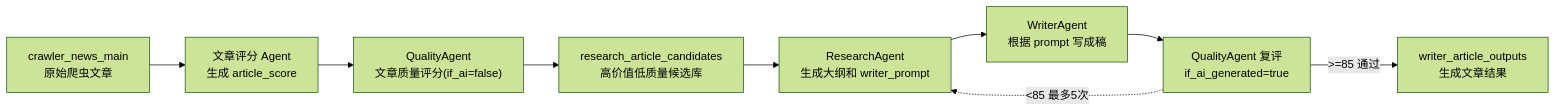
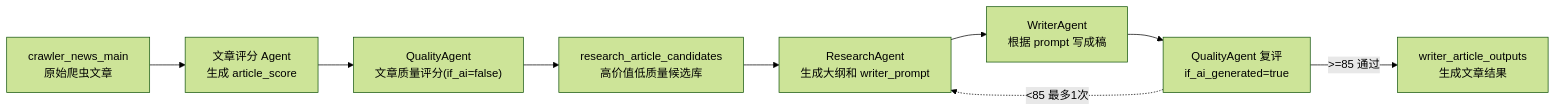
The diagram in 08-ResearchAgent说明.md (flyingsnowzz/Multi-Agent-Automatic-Operation-Website), drawn with Mermaid (forest theme) before and after one commit. The commit also changed 14 other files, not shown here.

````diff
--- a/08-ResearchAgent说明.md
+++ b/08-ResearchAgent说明.md
@@ -13,11 +13,11 @@
 ```mermaid
 flowchart LR
     CRAWLER["crawler_news_main<br/>原始爬虫文章"] --> SCORE["文章评分 Agent<br/>生成 article_score"]
     SCORE --> QUALITY["QualityAgent<br/>文章质量评分(if_ai=false)"]
     QUALITY --> CANDIDATE["research_article_candidates<br/>高价值低质量候选库"]
     CANDIDATE --> RESEARCH["ResearchAgent<br/>生成大纲和 writer_prompt"]
     RESEARCH --> WRITER["WriterAgent<br/>根据 prompt 写成稿"]
     WRITER --> QUALITY_REV["QualityAgent 复评<br/>if_ai_generated=true"]
     QUALITY_REV -->|">=85 通过"| OUTPUT["writer_article_outputs<br/>生成文章结果"]
-    QUALITY_REV -.->|"<85 最多5次"| RESEARCH
+    QUALITY_REV -.->|"<85 最多1次"| RESEARCH
 ```
````
